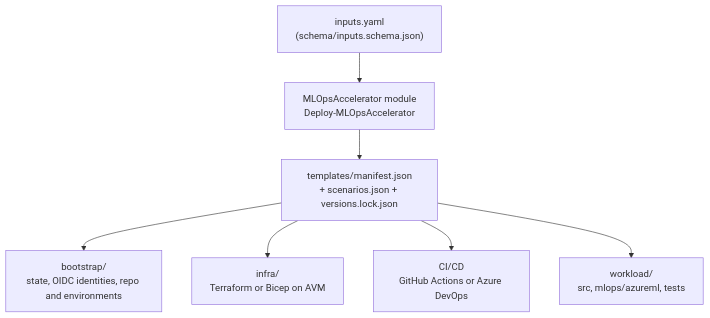
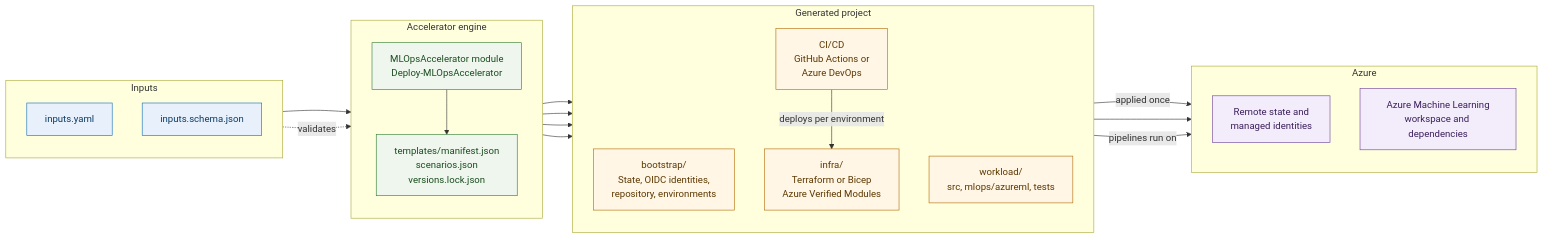
The diagram in .github/copilot-instructions.md (pgabriel-01/mlops-v3), drawn with Mermaid before and after one commit. The commit also changed 1 other file, not shown here.

Commit message:
docs: professional architecture diagram for agent instructions
Copilot-Session: 48f5bae8-0c0a-4a44-9aec-ff8ebeedbd30

````diff
--- a/.github/copilot-instructions.md
+++ b/.github/copilot-instructions.md
@@ -7,9 +7,46 @@
 ```mermaid
-graph TD
-    In["inputs.yaml<br/>(schema/inputs.schema.json)"] --> Mod["MLOpsAccelerator module<br/>Deploy-MLOpsAccelerator"]
-    Mod --> Man["templates/manifest.json<br/>+ scenarios.json + versions.lock.json"]
-    Man --> Boot["bootstrap/<br/>state, OIDC identities, repo and environments"]
-    Man --> Iac["infra/<br/>Terraform or Bicep on AVM"]
-    Man --> Cicd["CI/CD<br/>GitHub Actions or Azure DevOps"]
-    Man --> Wl["workload/<br/>src, mlops/azureml, tests"]
+flowchart LR
+    subgraph IN["Inputs"]
+        direction TB
+        A["inputs.yaml"]
+        B["inputs.schema.json"]
+    end
+
+    subgraph ENG["Accelerator engine"]
+        direction TB
+        C["MLOpsAccelerator module<br/>Deploy-MLOpsAccelerator"]
+        D["templates/manifest.json<br/>scenarios.json<br/>versions.lock.json"]
+    end
+
+    subgraph OUT["Generated project"]
+        direction TB
+        E["bootstrap/<br/>State, OIDC identities,<br/>repository, environments"]
+        F["infra/<br/>Terraform or Bicep<br/>Azure Verified Modules"]
+        G["CI/CD<br/>GitHub Actions or<br/>Azure DevOps"]
+        H["workload/<br/>src, mlops/azureml, tests"]
+    end
+
+    subgraph AZ["Azure"]
+        direction TB
+        I["Remote state and<br/>managed identities"]
+        J["Azure Machine Learning<br/>workspace and dependencies"]
+    end
+
+    A --> C
+    B -. validates .-> C
+    C --> D
+    D --> E & F & G & H
+    E -->|"applied once"| I
+    G -->|"deploys per environment"| F
+    F --> J
+    H -->|"pipelines run on"| J
+
+    classDef input fill:#e8f1fb,stroke:#0f6cbd,color:#0b3a66
+    classDef engine fill:#eef6ee,stroke:#2e7d32,color:#1b4d1f
+    classDef output fill:#fff6e5,stroke:#b26a00,color:#5c3700
+    classDef azure fill:#f3ecfa,stroke:#6b3fa0,color:#3a1f5c
+    class A,B input
+    class C,D engine
+    class E,F,G,H output
+    class I,J azure
 ```
````
